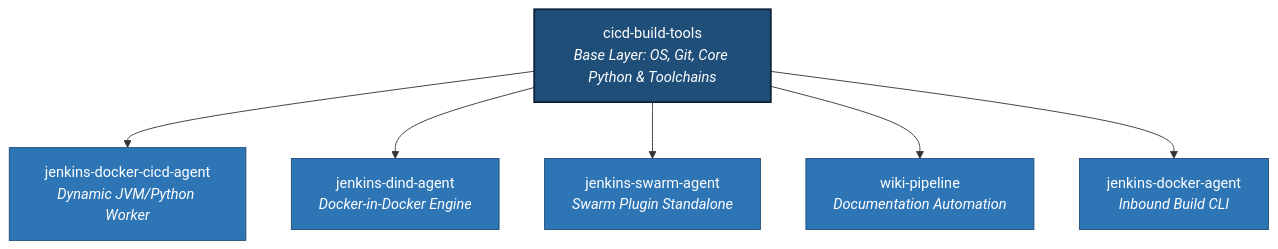
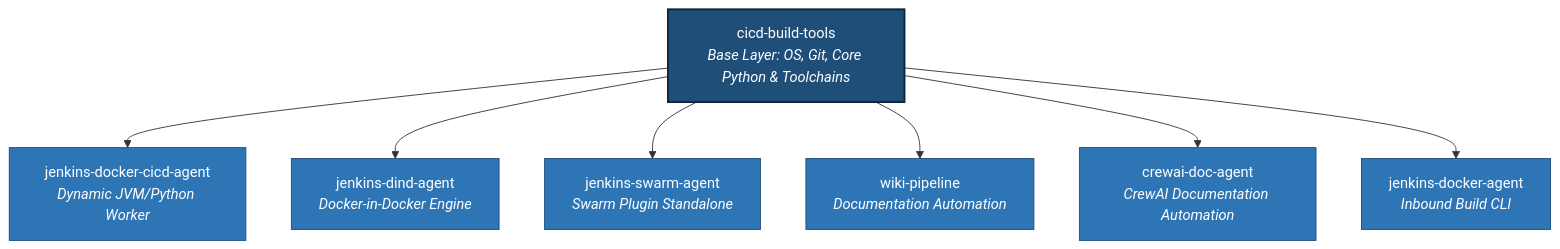
Before and after one commit to lj020326/jenkins-docker-agent: the diagram in README.md, drawn with Mermaid. The commit also changed other lines of this file and 27 other files, not shown here.

````diff
--- a/README.md
+++ b/README.md
@@ -45,25 +46,28 @@
 ```mermaid
 graph TD
     %% Define Nodes
     Base[cicd-build-tools<br><i>Base Layer: OS, Git, Core Python & Toolchains</i>]
     AgentCICD[jenkins-docker-cicd-agent<br><i>Dynamic JVM/Python Worker</i>]
     AgentDinD[jenkins-dind-agent<br><i>Docker-in-Docker Engine</i>]
     AgentSwarm[jenkins-swarm-agent<br><i>Swarm Plugin Standalone</i>]
     AgentDoc[wiki-pipeline<br><i>Documentation Automation</i>]
+    AgentCrewAI[crewai-doc-agent<br><i>CrewAI Documentation Automation</i>]
     AgentCLI[jenkins-docker-agent<br><i>Inbound Build CLI</i>]
 
     %% Define Dependencies
     Base --> AgentCICD
     Base --> AgentDinD
     Base --> AgentSwarm
     Base --> AgentDoc
+    Base --> AgentCrewAI
     Base --> AgentCLI
 
     %% Styling
     style Base fill:#1f4e79,stroke:#0d233a,stroke-width:2px,color:#fff
     style AgentCICD fill:#2e75b6,stroke:#1f4e79,stroke-width:1px,color:#fff
     style AgentDinD fill:#2e75b6,stroke:#1f4e79,stroke-width:1px,color:#fff
     style AgentSwarm fill:#2e75b6,stroke:#1f4e79,stroke-width:1px,color:#fff
     style AgentDoc fill:#2e75b6,stroke:#1f4e79,stroke-width:1px,color:#fff
+    style AgentCrewAI fill:#2e75b6,stroke:#1f4e79,stroke-width:1px,color:#fff
     style AgentCLI fill:#2e75b6,stroke:#1f4e79,stroke-width:1px,color:#fff
 ```
````
